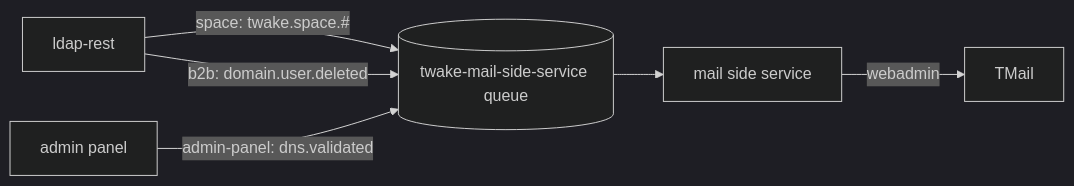
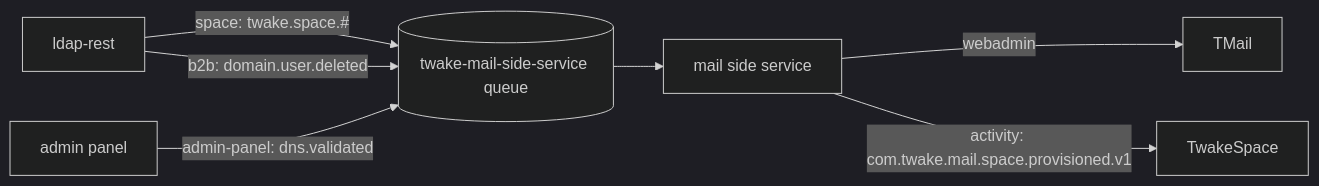
The first of 2 diagrams in docs/architecture.md (linagora/twake-mail-side-service), drawn with Mermaid (dark theme) before and after one commit. The commit also changed other lines of this file and 10 other files, not shown here.

````diff
--- a/docs/architecture.md
+++ b/docs/architecture.md
@@ -15,8 +15,9 @@
 ```mermaid
 flowchart LR
   ldap[ldap-rest] -->|space: twake.space.#| q[(twake-mail-side-service queue)]
   ldap -->|b2b: domain.user.deleted| q
   admin[admin panel] -->|admin-panel: dns.validated| q
   q --> svc[mail side service]
   svc -->|webadmin| tmail[TMail]
+  svc -->|activity: com.twake.mail.space.provisioned.v1| space[TwakeSpace]
 ```
````
